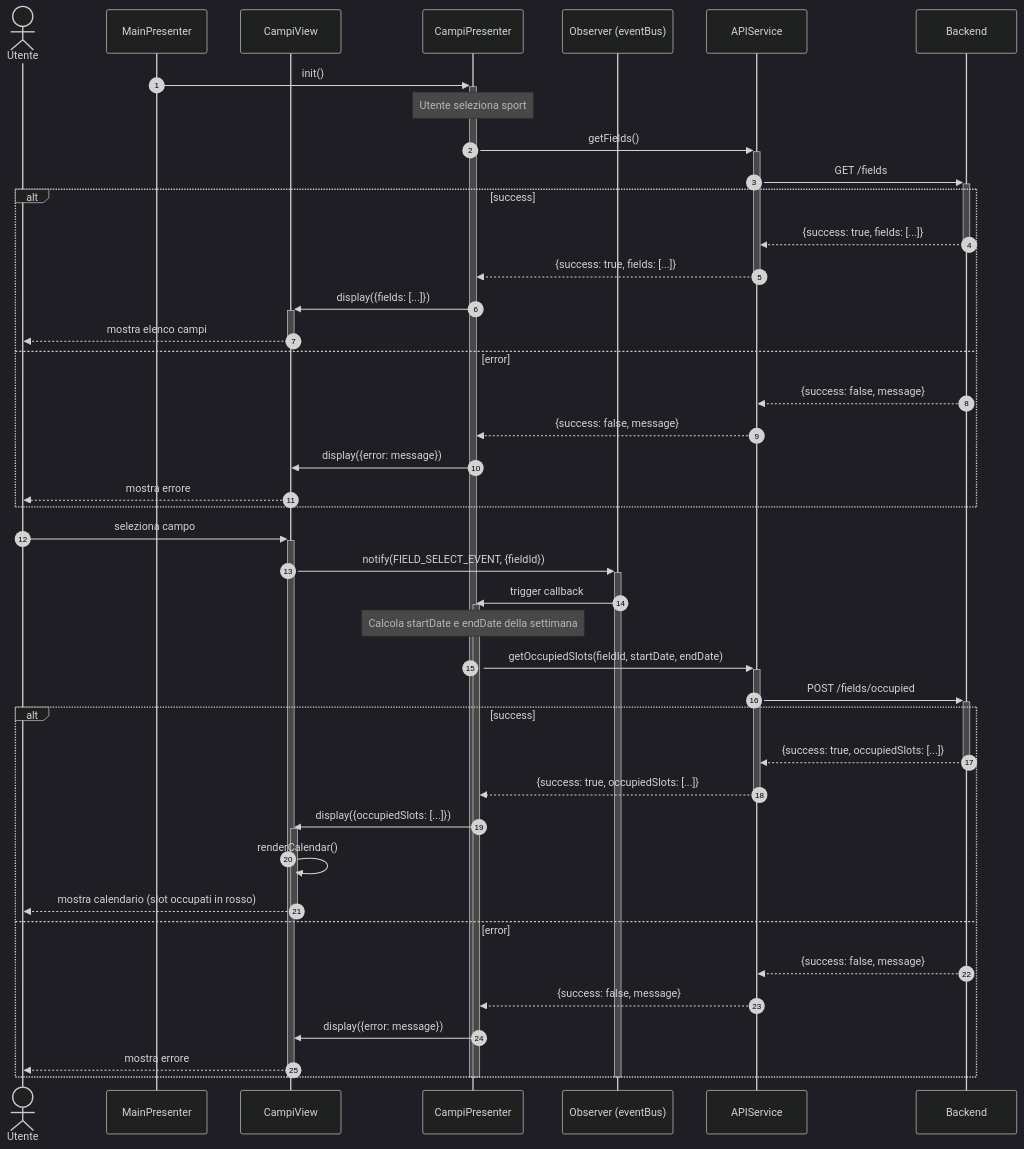
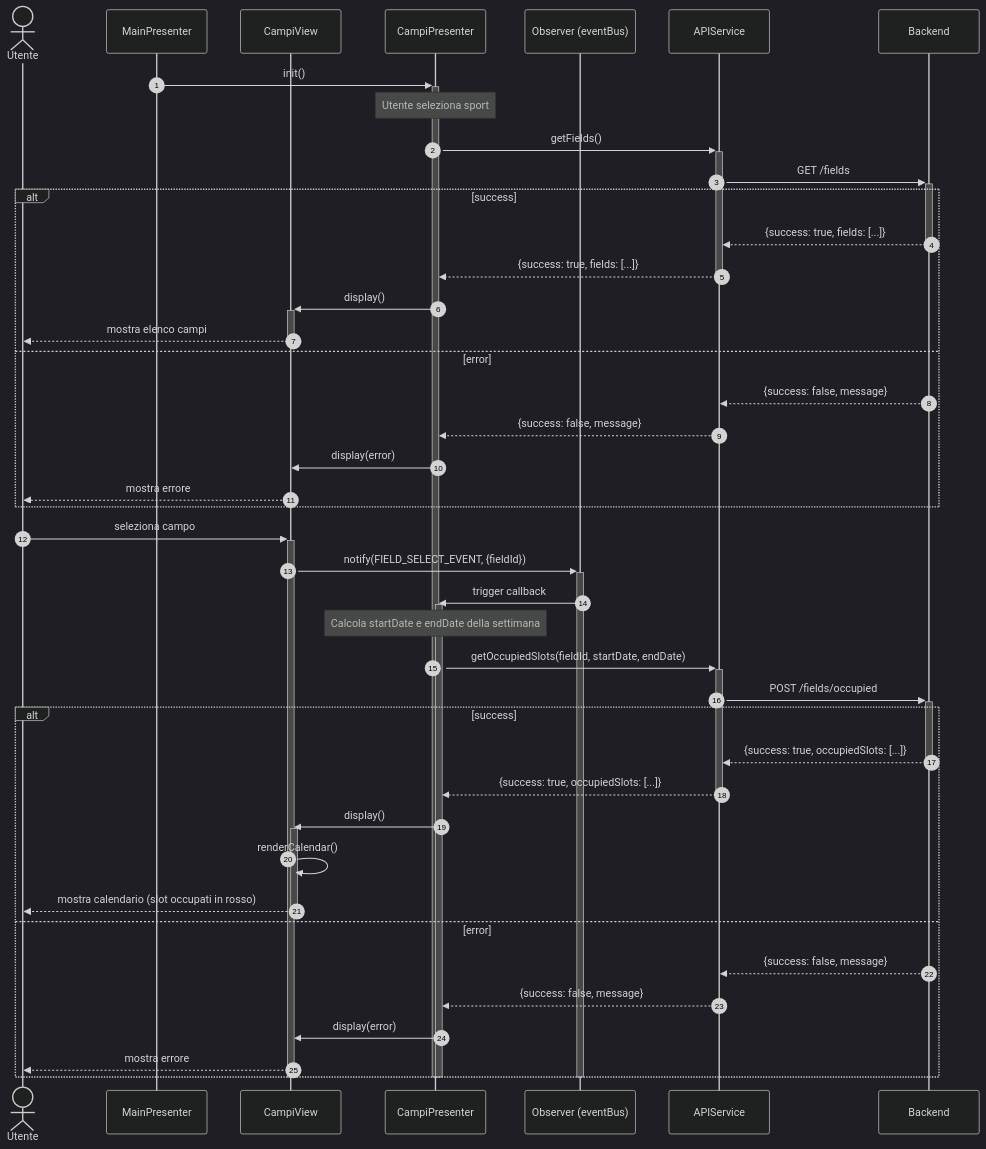
The second of 4 diagrams in documentazione/UC03.md (mb4dev/progetto-prova), drawn with Mermaid (dark theme) before and after one commit. The commit also changed other lines of this file and 12 other files, not shown here.

````diff
--- a/documentazione/UC03.md
+++ b/documentazione/UC03.md
@@ -41,57 +39,57 @@
 ```mermaid
 sequenceDiagram
     autonumber
     
     actor user as Utente
     participant main as MainPresenter
     participant view as CampiView
     participant presenter as CampiPresenter
     participant bus as Observer (eventBus)
     participant api as APIService
     participant backend as Backend
 
     main ->>+ presenter: init()
     Note over presenter: Utente seleziona sport
     
     presenter ->>+ api: getFields()
     api ->>+ backend: GET /fields
     
     alt success
         backend -->>- api: {success: true, fields: [...]}
         api -->>- presenter: {success: true, fields: [...]}
-        presenter ->>+ view: display({fields: [...]})
+        presenter ->>+ view: display()
         view -->>- user: mostra elenco campi
     else error
         backend -->> api: {success: false, message}
         api -->> presenter: {success: false, message}
-        presenter ->> view: display({error: message})
+        presenter ->> view: display(error)
         view -->> user: mostra errore
     end
     
     user ->>+ view: seleziona campo
     view ->>+ bus: notify(FIELD_SELECT_EVENT, {fieldId})
     bus ->>+ presenter: trigger callback
     
     Note over presenter: Calcola startDate e endDate della settimana
     
     presenter ->>+ api: getOccupiedSlots(fieldId, startDate, endDate)
     api ->>+ backend: POST /fields/occupied
     
     alt success
         backend -->>- api: {success: true, occupiedSlots: [...]}
         api -->>- presenter: {success: true, occupiedSlots: [...]}
-        presenter ->>+ view: display({occupiedSlots: [...]})
+        presenter ->>+ view: display()
         view ->> view: renderCalendar()
         view -->>- user: mostra calendario (slot occupati in rosso)
     else error
         backend -->> api: {success: false, message}
         api -->> presenter: {success: false, message}
-        presenter ->> view: display({error: message})
+        presenter ->> view: display(error)
         view -->> user: mostra errore
     end
     
     deactivate presenter
     deactivate bus
     deactivate view
     deactivate presenter
 ```
````
